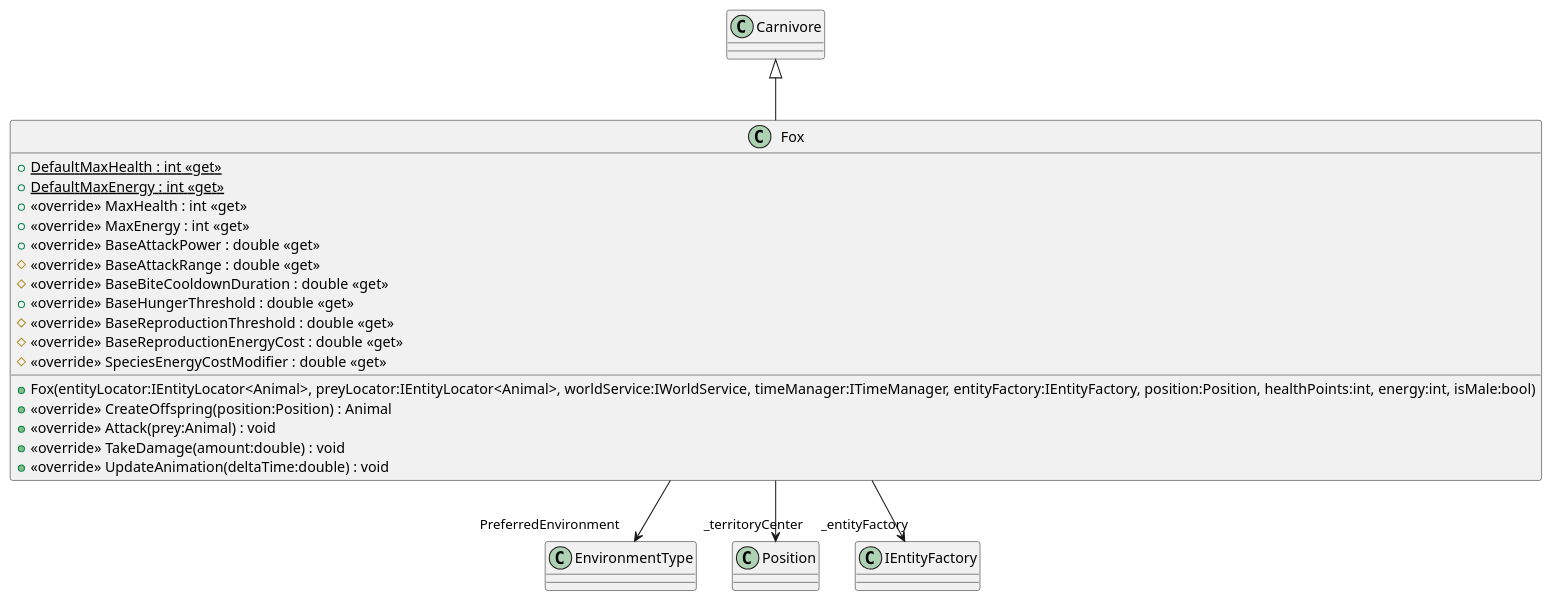
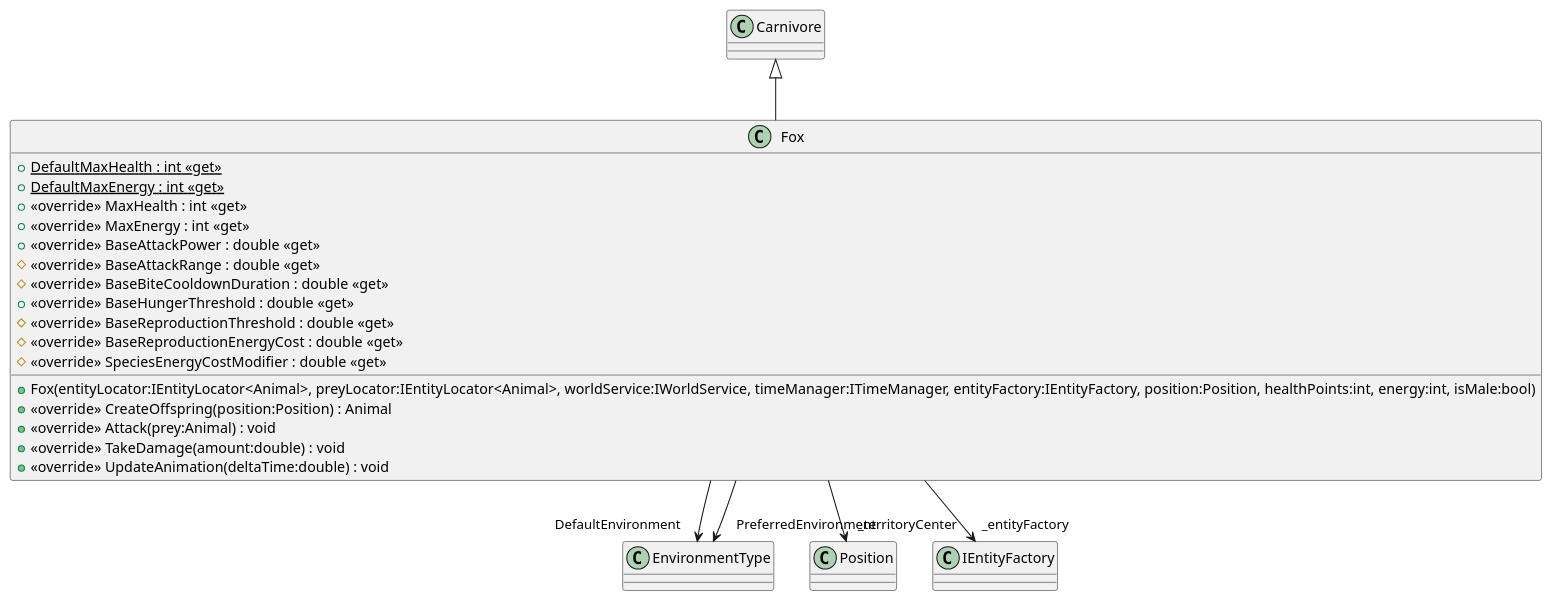
The diagram in plantuml/Models/Entities/Animals/Carnivores/Fox.puml (I42I/ecosystem), drawn with PlantUML before and after one commit. The commit also changed 27 other files, not shown here.

```diff
--- a/plantuml/Models/Entities/Animals/Carnivores/Fox.puml
+++ b/plantuml/Models/Entities/Animals/Carnivores/Fox.puml
@@ -1,24 +1,25 @@
 @startuml
 class Fox {
     + {static} DefaultMaxHealth : int <<get>>
     + {static} DefaultMaxEnergy : int <<get>>
     + <<override>> MaxHealth : int <<get>>
     + <<override>> MaxEnergy : int <<get>>
     + <<override>> BaseAttackPower : double <<get>>
     # <<override>> BaseAttackRange : double <<get>>
     # <<override>> BaseBiteCooldownDuration : double <<get>>
     + <<override>> BaseHungerThreshold : double <<get>>
     # <<override>> BaseReproductionThreshold : double <<get>>
     # <<override>> BaseReproductionEnergyCost : double <<get>>
     # <<override>> SpeciesEnergyCostModifier : double <<get>>
     + Fox(entityLocator:IEntityLocator<Animal>, preyLocator:IEntityLocator<Animal>, worldService:IWorldService, timeManager:ITimeManager, entityFactory:IEntityFactory, position:Position, healthPoints:int, energy:int, isMale:bool)
     + <<override>> CreateOffspring(position:Position) : Animal
     + <<override>> Attack(prey:Animal) : void
     + <<override>> TakeDamage(amount:double) : void
     + <<override>> UpdateAnimation(deltaTime:double) : void
 }
 Carnivore <|-- Fox
+Fox --> "DefaultEnvironment" EnvironmentType
 Fox --> "PreferredEnvironment" EnvironmentType
 Fox --> "_territoryCenter" Position
 Fox --> "_entityFactory" IEntityFactory
 @enduml
```
